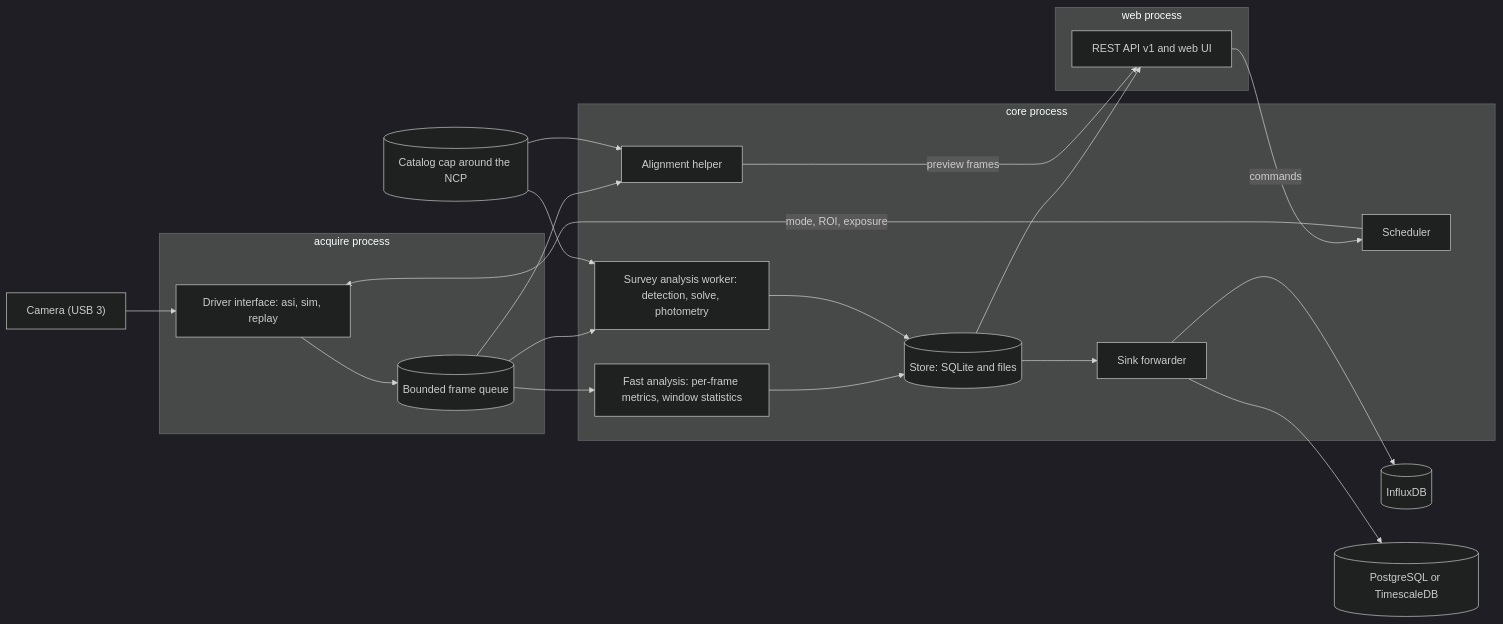
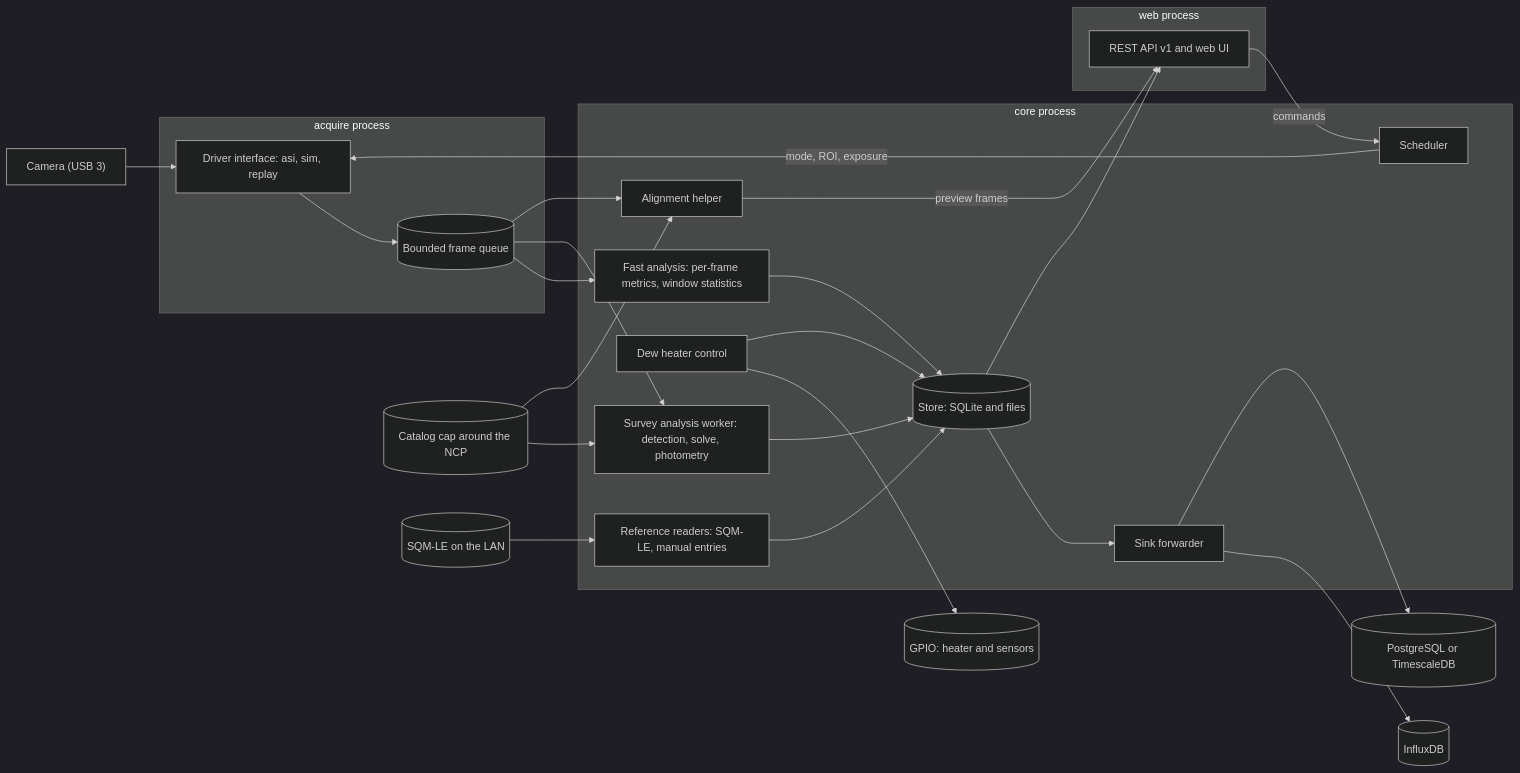
Before and after one commit to komakallio/seeing-monitor: the diagram in docs/architecture.md, drawn with Mermaid (dark theme). The commit also changed other lines of this file and 1 other file, not shown here.

First line of the commit message:
Add dew heater, reference instruments, and manual darks to the design

````diff
--- a/docs/architecture.md
+++ b/docs/architecture.md
@@ -38,37 +39,44 @@
 ```mermaid
 flowchart LR
   CAM["Camera (USB 3)"]
   subgraph ACQ["acquire process"]
     DRV["Driver interface: asi, sim, replay"]
     Q[("Bounded frame queue")]
   end
   subgraph CORE["core process"]
     SCH["Scheduler"]
     FAST["Fast analysis: per-frame metrics, window statistics"]
     SURV["Survey analysis worker: detection, solve, photometry"]
     ALN["Alignment helper"]
+    HEAT["Dew heater control"]
+    REF["Reference readers: SQM-LE, manual entries"]
     STORE[("Store: SQLite and files")]
     OUT["Sink forwarder"]
   end
   subgraph WEB["web process"]
     API["REST API v1 and web UI"]
   end
   CAT[("Catalog cap around the NCP")]
+  HW[("GPIO: heater and sensors")]
+  SQM[("SQM-LE on the LAN")]
   INFLUX[("InfluxDB")]
   PG[("PostgreSQL or TimescaleDB")]
   CAM --> DRV --> Q
   SCH -- "mode, ROI, exposure" --> DRV
   Q --> FAST
   Q --> SURV
   Q --> ALN
   FAST --> STORE
   SURV --> STORE
   CAT --> SURV
   CAT --> ALN
+  HEAT --> HW
+  HEAT --> STORE
+  SQM --> REF --> STORE
   STORE --> OUT
   OUT --> INFLUX
   OUT --> PG
   STORE --> API
   ALN -- "preview frames" --> API
   API -- "commands" --> SCH
 ```
````
